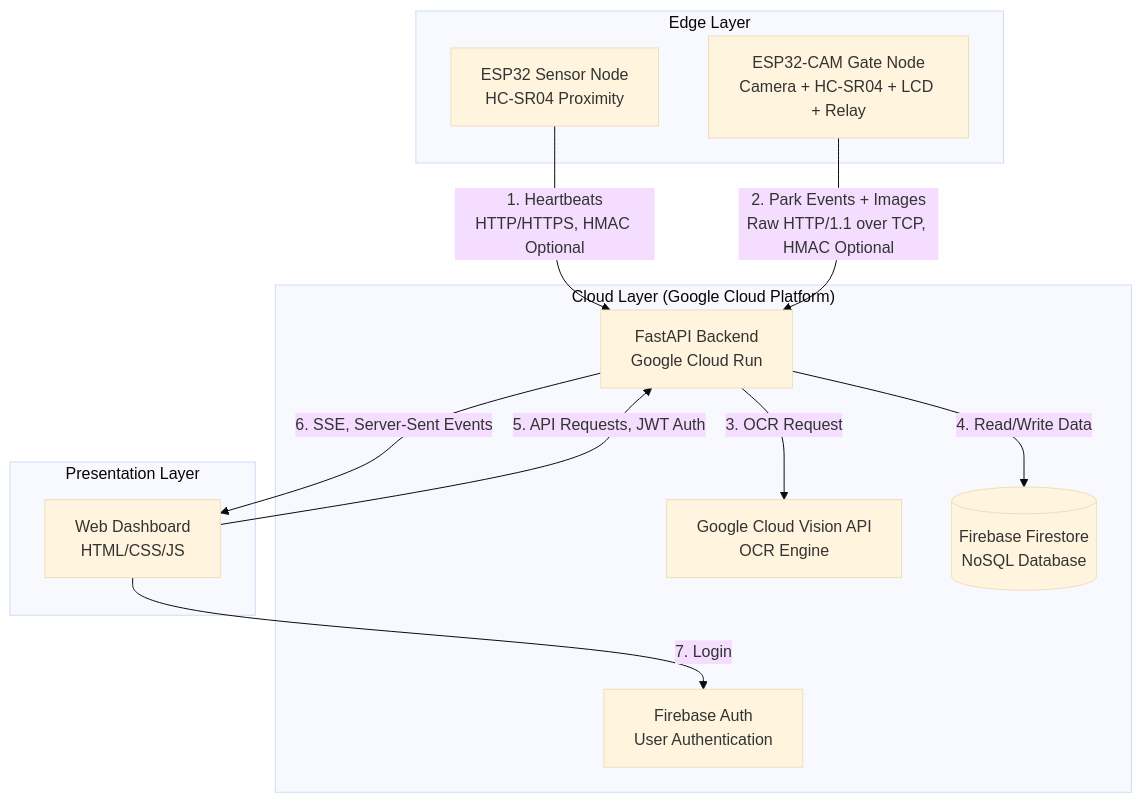
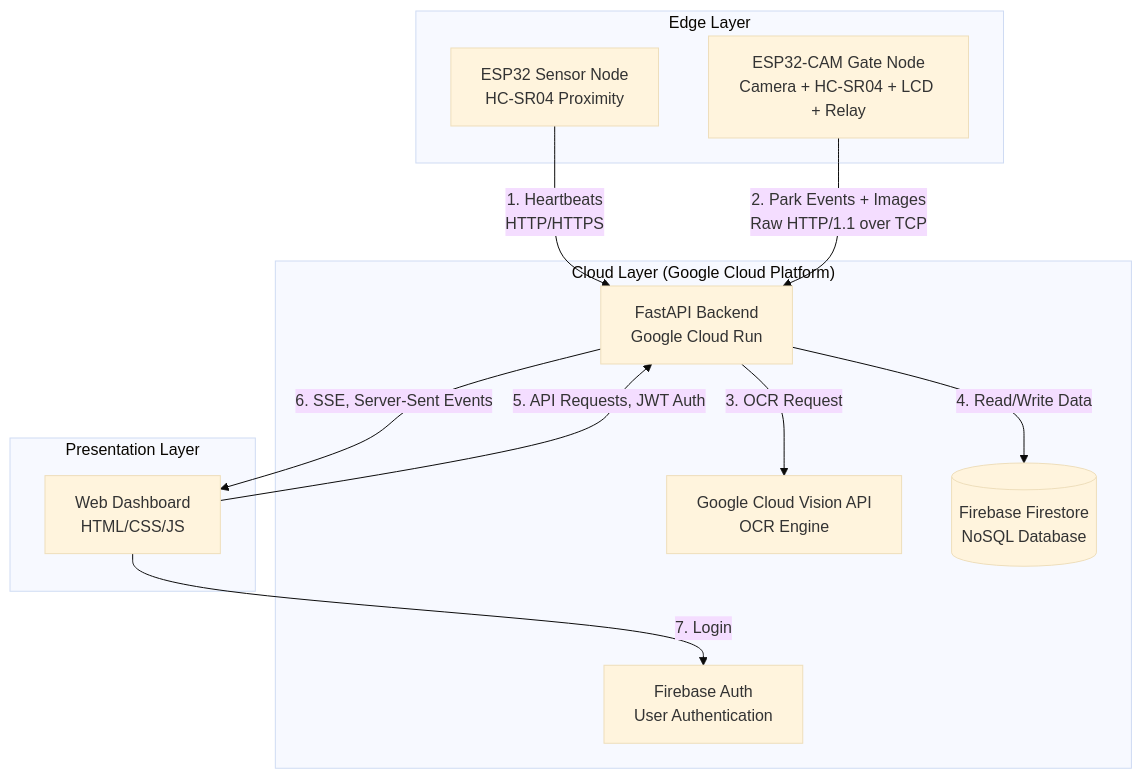
One commit to AmerWegzyy/IOT_ParkMe changed the diagram in Documentation/system_architecture_and_workflow.md. Above: the diagram before and after it, drawn with Mermaid (base theme). The commit also changed other lines of this file and 22 other files, not shown here.

````diff
--- a/Documentation/system_architecture_and_workflow.md
+++ b/Documentation/system_architecture_and_workflow.md
@@ -20,27 +20,27 @@
 ```mermaid
 graph TD
     subgraph Edge Layer
         SENSOR[ESP32 Sensor Node<br/>HC-SR04 Proximity]
         CAMERA[ESP32-CAM Gate Node<br/>Camera + HC-SR04 + LCD + Relay]
     end
 
     subgraph Cloud Layer ["Cloud Layer (Google Cloud Platform)"]
         API[FastAPI Backend<br/>Google Cloud Run]
         VISION[Google Cloud Vision API<br/>OCR Engine]
         DB[(Firebase Firestore<br/>NoSQL Database)]
         AUTH[Firebase Auth<br/>User Authentication]
     end
 
     subgraph Presentation Layer
         WEB[Web Dashboard<br/>HTML/CSS/JS]
     end
 
     %% Communication paths
-    SENSOR -- 1. Heartbeats<br/>HTTP/HTTPS, HMAC Optional --> API
-    CAMERA -- 2. Park Events + Images<br/>Raw HTTP/1.1 over TCP, HMAC Optional --> API
+    SENSOR -- 1. Heartbeats<br/>HTTP/HTTPS --> API
+    CAMERA -- 2. Park Events + Images<br/>Raw HTTP/1.1 over TCP --> API
     API -- 3. OCR Request --> VISION
     API -- 4. Read/Write Data --> DB
     WEB -- 5. API Requests, JWT Auth --> API
     API -- 6. SSE, Server-Sent Events --> WEB
     WEB -- 7. Login --> AUTH
 ```
````
